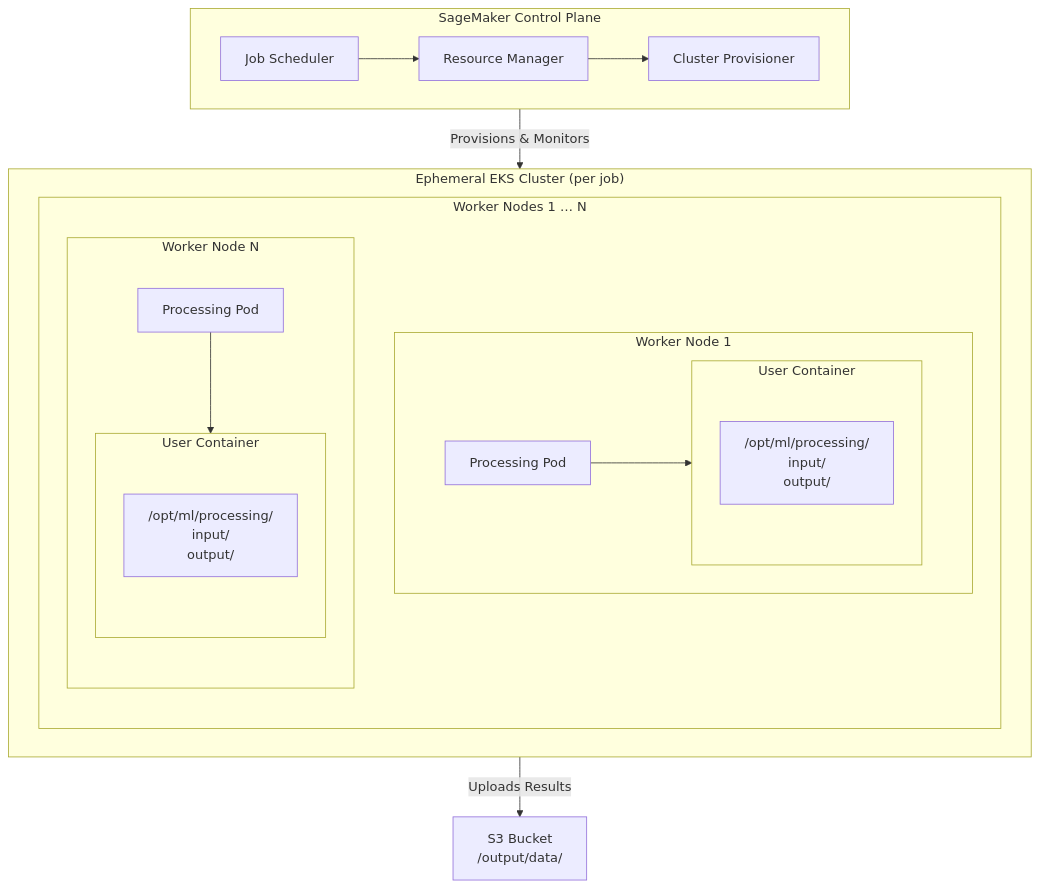
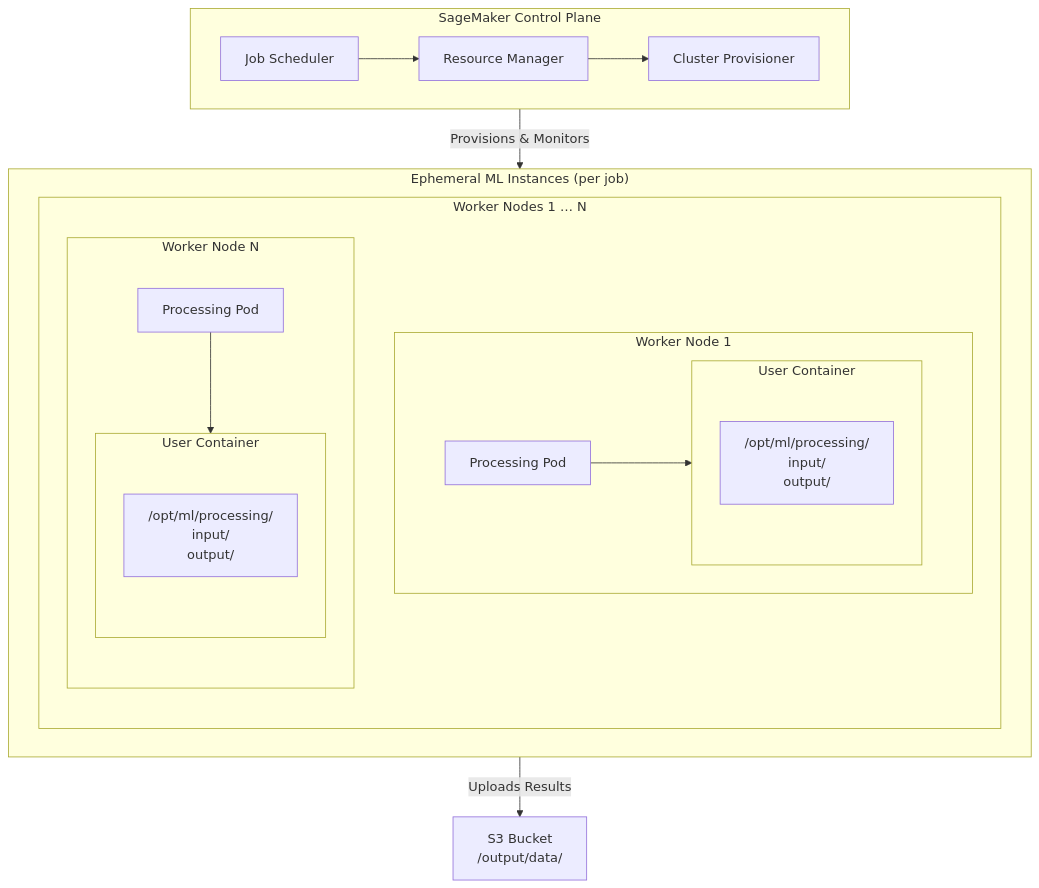
The diagram in topics/computing/ai/aws_sagemaker/lesson_02_data_preparation_feature_engineering.md (blebleblee/synapse), drawn with Mermaid before and after one commit. The commit also changed other lines of this file and 169 other files, not shown here.

````diff
--- a/topics/computing/ai/aws_sagemaker/lesson_02_data_preparation_feature_engineering.md
+++ b/topics/computing/ai/aws_sagemaker/lesson_02_data_preparation_feature_engineering.md
@@ -25,35 +25,35 @@
 ```mermaid
 flowchart TD
     subgraph control_plane["SageMaker Control Plane"]
         scheduler["Job Scheduler"]
         resource_mgr["Resource Manager"]
         provisioner["Cluster Provisioner"]
 
         scheduler --> resource_mgr --> provisioner
     end
 
-    subgraph eks_cluster["Ephemeral EKS Cluster (per job)"]
+    subgraph eks_cluster["Ephemeral ML Instances (per job)"]
         subgraph worker_nodes["Worker Nodes 1 … N"]
             subgraph node1["Worker Node 1"]
                 pod1["Processing Pod"]
                 subgraph container1["User Container"]
                     fs1["/opt/ml/processing/\n  input/\n  output/"]
                 end
                 pod1 --> container1
             end
 
             subgraph nodeN["Worker Node N"]
                 podN["Processing Pod"]
                 subgraph containerN["User Container"]
                     fsN["/opt/ml/processing/\n  input/\n  output/"]
                 end
                 podN --> containerN
             end
         end
     end
 
     s3["S3 Bucket\n/output/data/"]
 
     control_plane -- "Provisions & Monitors" --> eks_cluster
     eks_cluster -- "Uploads Results" --> s3
 ```
````
